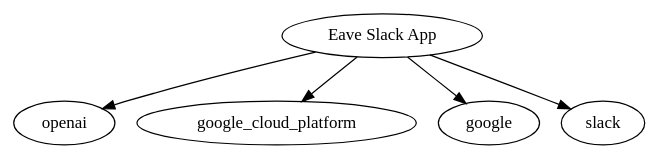
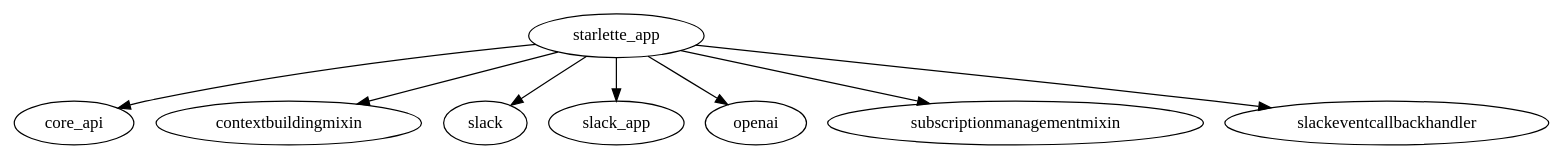
The diagram in apps/archer/.out/graph-gen.dot (bricker/vivial), drawn with Graphviz before and after one commit. The commit also changed 2 other files, not shown here.

```diff
--- a/apps/archer/.out/graph-gen.dot
+++ b/apps/archer/.out/graph-gen.dot
@@ -1,8 +1,11 @@
 
 digraph {
-    "Eave Slack App"
-    "Eave Slack App" -> "openai"
-    "Eave Slack App" -> "google_cloud_platform"
-    "Eave Slack App" -> "google"
-    "Eave Slack App" -> "slack"
+    "starlette_app" -> "core_api"
+    "starlette_app" -> "contextbuildingmixin"
+    "starlette_app" -> "slack"
+    "starlette_app" -> "slack_app"
+    "starlette_app" -> "openai"
+    "starlette_app"
+    "starlette_app" -> "subscriptionmanagementmixin"
+    "starlette_app" -> "slackeventcallbackhandler"
 }
```
